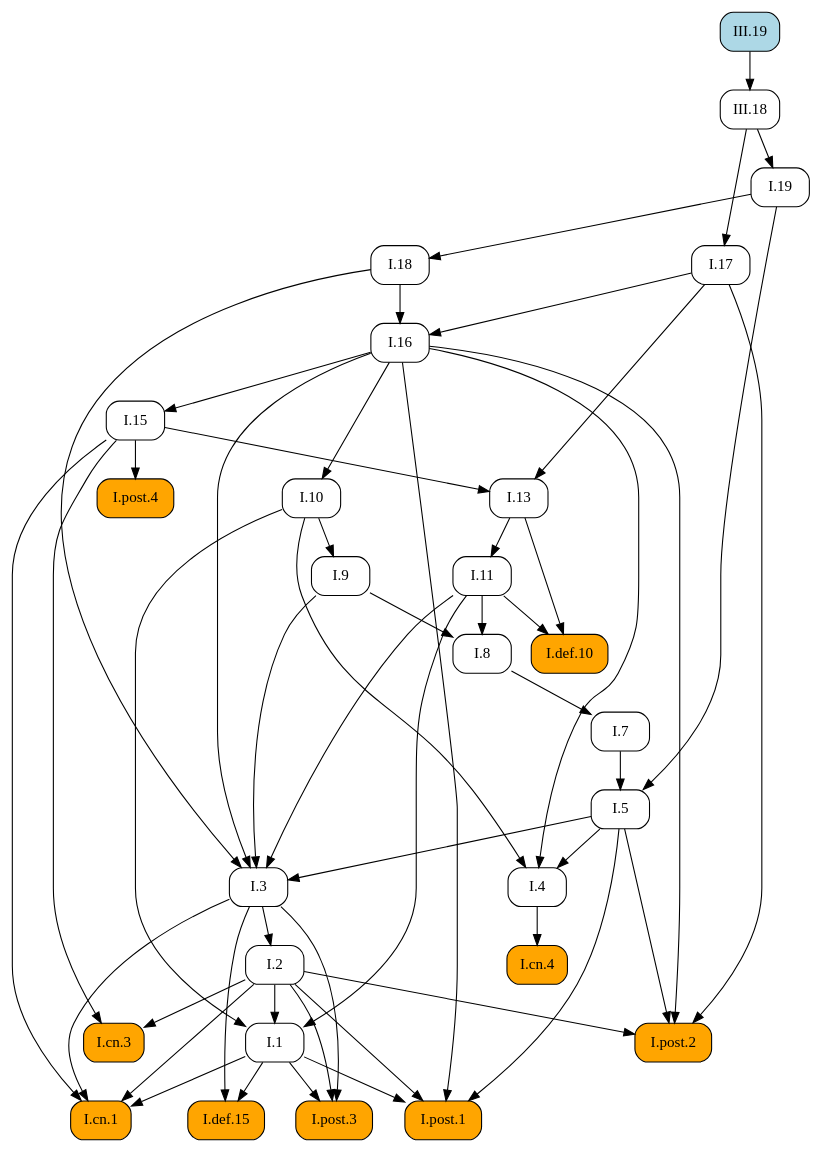
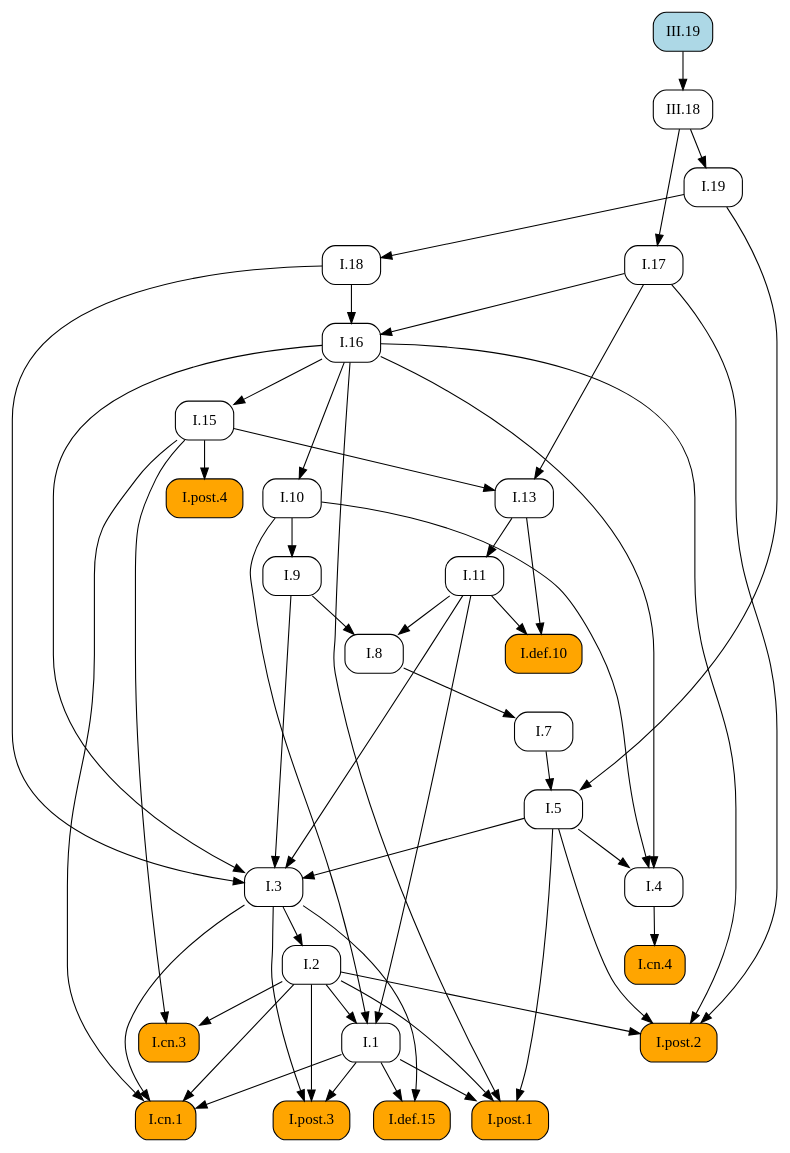
The diagram in docsrc/heath/III/19/index.rst (geometor/elements), drawn with Graphviz before and after one commit. The commit also changed other lines of this file and 484 other files, not shown here.

```diff
--- a/docsrc/heath/III/19/index.rst
+++ b/docsrc/heath/III/19/index.rst
@@ -53,83 +53,83 @@
    digraph {
      rankdir="TB";
      node [shape=box, style=rounded];
-     "I.def.10" [style="rounded,filled", fillcolor=orange, URL="/heath/I/def.10/", target="_top"];
-     "I.11" [URL="/heath/I/11/", target="_top"];
-     "I.post.4" [style="rounded,filled", fillcolor=orange, URL="/heath/I/post.4/", target="_top"];
-     "I.1" [URL="/heath/I/1/", target="_top"];
-     "I.7" [URL="/heath/I/7/", target="_top"];
-     "I.3" [URL="/heath/I/3/", target="_top"];
-     "I.2" [URL="/heath/I/2/", target="_top"];
-     "I.4" [URL="/heath/I/4/", target="_top"];
-     "I.13" [URL="/heath/I/13/", target="_top"];
-     "I.17" [URL="/heath/I/17/", target="_top"];
-     "III.19" [style="rounded,filled", fillcolor=lightblue, URL="/heath/III/19/", target="_top"];
-     "I.post.2" [style="rounded,filled", fillcolor=orange, URL="/heath/I/post.2/", target="_top"];
-     "I.18" [URL="/heath/I/18/", target="_top"];
-     "I.16" [URL="/heath/I/16/", target="_top"];
-     "I.def.15" [style="rounded,filled", fillcolor=orange, URL="/heath/I/def.15/", target="_top"];
-     "I.19" [URL="/heath/I/19/", target="_top"];
-     "I.post.3" [style="rounded,filled", fillcolor=orange, URL="/heath/I/post.3/", target="_top"];
      "I.9" [URL="/heath/I/9/", target="_top"];
      "I.cn.1" [style="rounded,filled", fillcolor=orange, URL="/heath/I/cn.1/", target="_top"];
+     "III.18" [URL="/heath/III/18/", target="_top"];
+     "I.7" [URL="/heath/I/7/", target="_top"];
+     "I.2" [URL="/heath/I/2/", target="_top"];
+     "I.def.15" [style="rounded,filled", fillcolor=orange, URL="/heath/I/def.15/", target="_top"];
+     "I.13" [URL="/heath/I/13/", target="_top"];
+     "I.post.4" [style="rounded,filled", fillcolor=orange, URL="/heath/I/post.4/", target="_top"];
+     "I.4" [URL="/heath/I/4/", target="_top"];
+     "I.1" [URL="/heath/I/1/", target="_top"];
+     "I.post.3" [style="rounded,filled", fillcolor=orange, URL="/heath/I/post.3/", target="_top"];
+     "I.post.1" [style="rounded,filled", fillcolor=orange, URL="/heath/I/post.1/", target="_top"];
+     "I.5" [URL="/heath/I/5/", target="_top"];
+     "I.19" [URL="/heath/I/19/", target="_top"];
+     "I.8" [URL="/heath/I/8/", target="_top"];
+     "I.17" [URL="/heath/I/17/", target="_top"];
      "I.cn.3" [style="rounded,filled", fillcolor=orange, URL="/heath/I/cn.3/", target="_top"];
-     "I.8" [URL="/heath/I/8/", target="_top"];
+     "III.19" [style="rounded,filled", fillcolor=lightblue, URL="/heath/III/19/", target="_top"];
+     "I.16" [URL="/heath/I/16/", target="_top"];
+     "I.def.10" [style="rounded,filled", fillcolor=orange, URL="/heath/I/def.10/", target="_top"];
+     "I.18" [URL="/heath/I/18/", target="_top"];
+     "I.15" [URL="/heath/I/15/", target="_top"];
+     "I.10" [URL="/heath/I/10/", target="_top"];
+     "I.11" [URL="/heath/I/11/", target="_top"];
      "I.cn.4" [style="rounded,filled", fillcolor=orange, URL="/heath/I/cn.4/", target="_top"];
-     "I.15" [URL="/heath/I/15/", target="_top"];
-     "I.post.1" [style="rounded,filled", fillcolor=orange, URL="/heath/I/post.1/", target="_top"];
-     "I.10" [URL="/heath/I/10/", target="_top"];
-     "III.18" [URL="/heath/III/18/", target="_top"];
-     "I.5" [URL="/heath/I/5/", target="_top"];
-     "I.11" -> "I.def.10";
-     "I.13" -> "I.def.10";
-     "I.13" -> "I.11";
+     "I.post.2" [style="rounded,filled", fillcolor=orange, URL="/heath/I/post.2/", target="_top"];
+     "I.3" [URL="/heath/I/3/", target="_top"];
+     "I.10" -> "I.9";
+     "I.1" -> "I.cn.1";
+     "I.2" -> "I.cn.1";
+     "I.3" -> "I.cn.1";
+     "I.15" -> "I.cn.1";
+     "III.19" -> "III.18";
+     "I.8" -> "I.7";
+     "I.3" -> "I.2";
+     "I.1" -> "I.def.15";
+     "I.3" -> "I.def.15";
+     "I.15" -> "I.13";
+     "I.17" -> "I.13";
      "I.15" -> "I.post.4";
+     "I.5" -> "I.4";
+     "I.10" -> "I.4";
+     "I.16" -> "I.4";
      "I.2" -> "I.1";
      "I.10" -> "I.1";
      "I.11" -> "I.1";
-     "I.8" -> "I.7";
+     "I.1" -> "I.post.3";
+     "I.2" -> "I.post.3";
+     "I.3" -> "I.post.3";
+     "I.1" -> "I.post.1";
+     "I.2" -> "I.post.1";
+     "I.5" -> "I.post.1";
+     "I.16" -> "I.post.1";
+     "I.7" -> "I.5";
+     "I.19" -> "I.5";
+     "III.18" -> "I.19";
+     "I.9" -> "I.8";
+     "I.11" -> "I.8";
+     "III.18" -> "I.17";
+     "I.2" -> "I.cn.3";
+     "I.15" -> "I.cn.3";
+     "I.17" -> "I.16";
+     "I.18" -> "I.16";
+     "I.11" -> "I.def.10";
+     "I.13" -> "I.def.10";
+     "I.19" -> "I.18";
+     "I.16" -> "I.15";
+     "I.16" -> "I.10";
+     "I.13" -> "I.11";
+     "I.4" -> "I.cn.4";
+     "I.2" -> "I.post.2";
+     "I.5" -> "I.post.2";
+     "I.16" -> "I.post.2";
+     "I.17" -> "I.post.2";
      "I.5" -> "I.3";
      "I.9" -> "I.3";
      "I.11" -> "I.3";
      "I.16" -> "I.3";
      "I.18" -> "I.3";
-     "I.3" -> "I.2";
-     "I.5" -> "I.4";
-     "I.10" -> "I.4";
-     "I.16" -> "I.4";
-     "I.15" -> "I.13";
-     "I.17" -> "I.13";
-     "III.18" -> "I.17";
-     "I.2" -> "I.post.2";
-     "I.5" -> "I.post.2";
-     "I.16" -> "I.post.2";
-     "I.17" -> "I.post.2";
-     "I.19" -> "I.18";
-     "I.17" -> "I.16";
-     "I.18" -> "I.16";
-     "I.1" -> "I.def.15";
-     "I.3" -> "I.def.15";
-     "III.18" -> "I.19";
-     "I.1" -> "I.post.3";
-     "I.2" -> "I.post.3";
-     "I.3" -> "I.post.3";
-     "I.10" -> "I.9";
-     "I.1" -> "I.cn.1";
-     "I.2" -> "I.cn.1";
-     "I.3" -> "I.cn.1";
-     "I.15" -> "I.cn.1";
-     "I.2" -> "I.cn.3";
-     "I.15" -> "I.cn.3";
-     "I.9" -> "I.8";
-     "I.11" -> "I.8";
-     "I.4" -> "I.cn.4";
-     "I.16" -> "I.15";
-     "I.1" -> "I.post.1";
-     "I.2" -> "I.post.1";
-     "I.5" -> "I.post.1";
-     "I.16" -> "I.post.1";
-     "I.16" -> "I.10";
-     "III.19" -> "III.18";
-     "I.7" -> "I.5";
-     "I.19" -> "I.5";
    }
```
